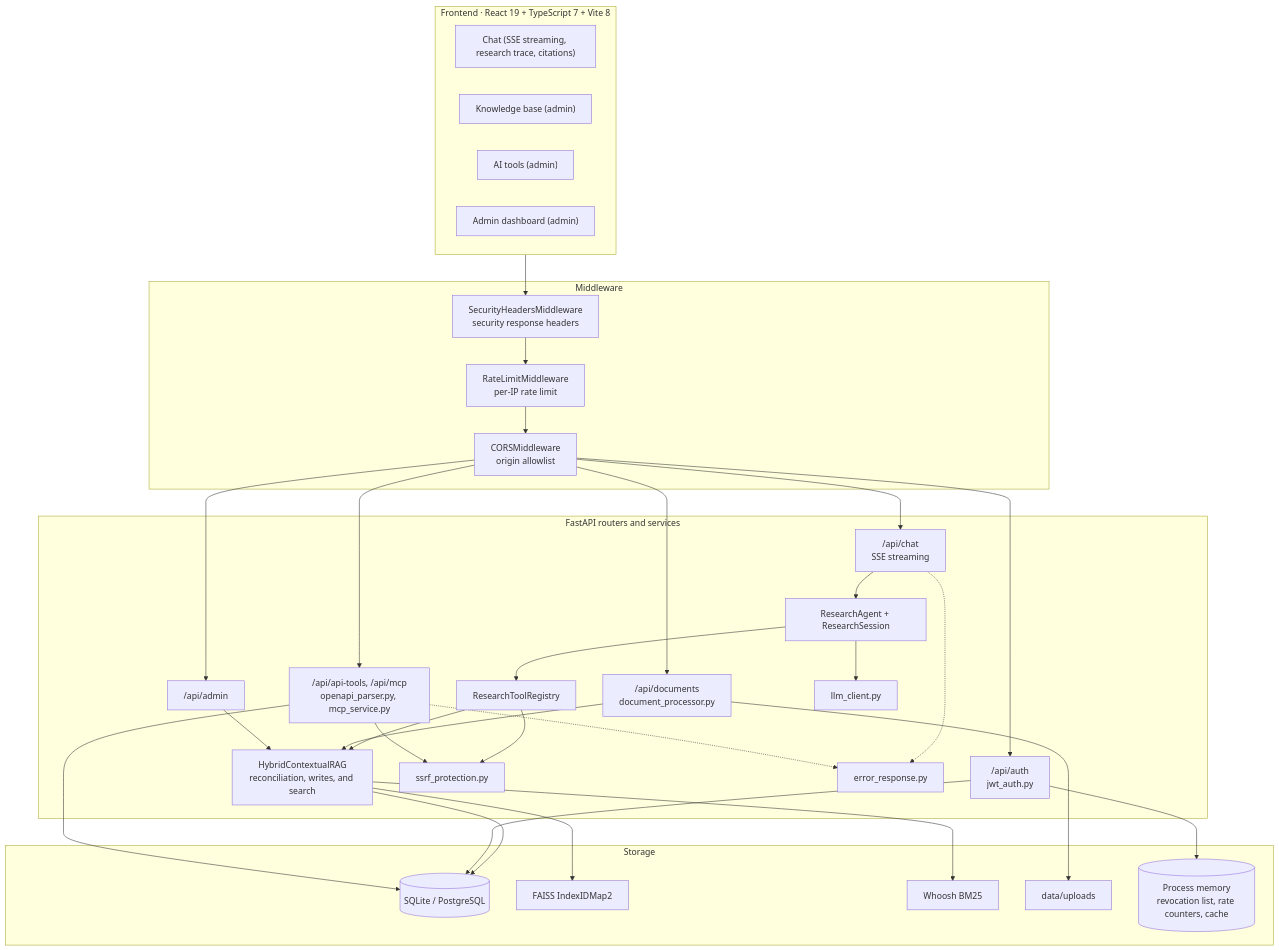
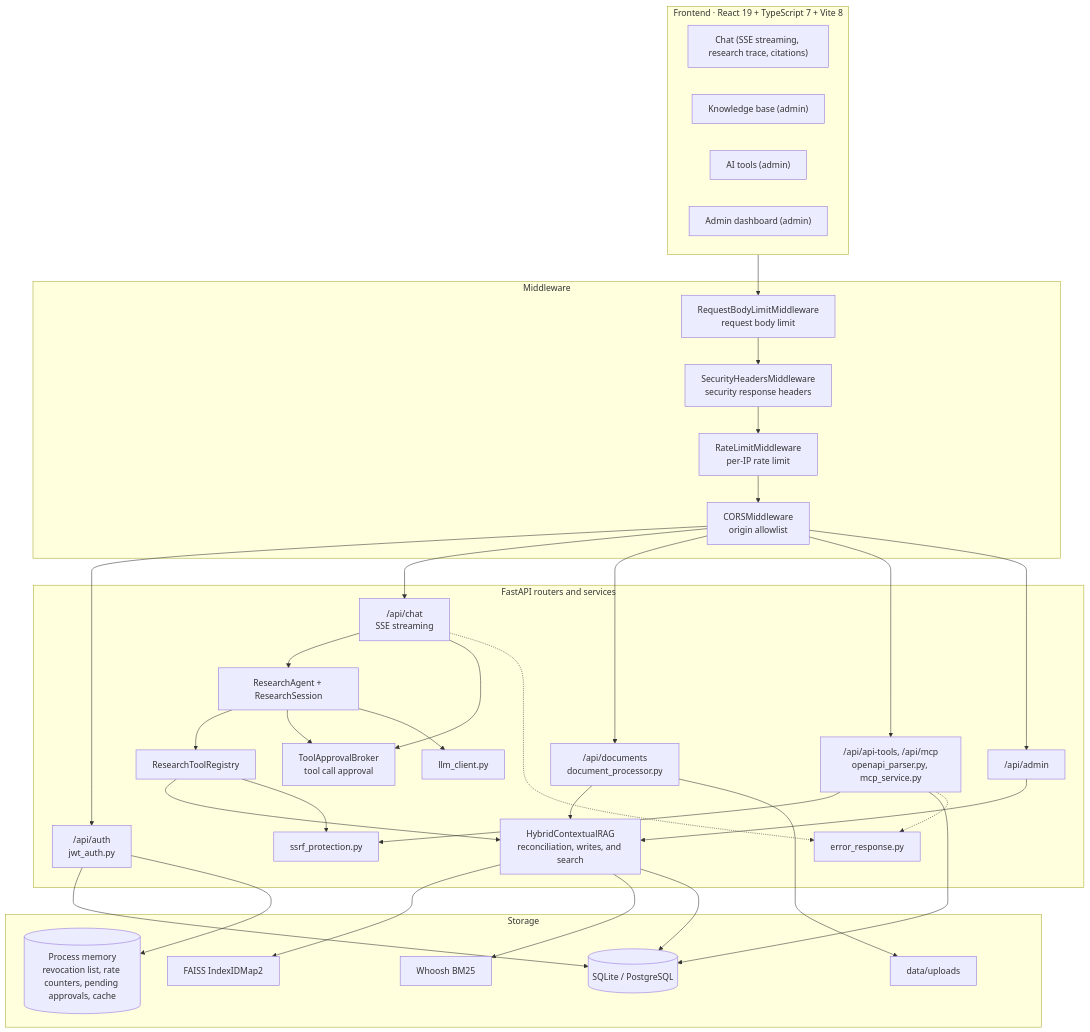
Before and after one commit to Scorpio-meow/AskMiao: the first of 9 diagrams in docs/architecture_en.md, drawn with Mermaid. The commit also changed other lines of this file and 84 other files, not shown here.

````diff
--- a/docs/architecture_en.md
+++ b/docs/architecture_en.md
@@ -30,55 +30,59 @@
 ```mermaid
 flowchart TB
     subgraph Client ["Frontend · React 19 + TypeScript 7 + Vite 8"]
         ChatUI["Chat (SSE streaming, research trace, citations)"]
         DocsUI["Knowledge base (admin)"]
         ToolsUI["AI tools (admin)"]
         AdminUI["Admin dashboard (admin)"]
     end
 
     subgraph Gateway ["Middleware"]
+        BodyLimit["RequestBodyLimitMiddleware<br/>request body limit"]
         SecHeaders["SecurityHeadersMiddleware<br/>security response headers"]
         RateLimit["RateLimitMiddleware<br/>per-IP rate limit"]
         CORS["CORSMiddleware<br/>origin allowlist"]
     end
 
     subgraph Backend ["FastAPI routers and services"]
         AuthAPI["/api/auth<br/>jwt_auth.py"]
         ChatAPI["/api/chat<br/>SSE streaming"]
         DocAPI["/api/documents<br/>document_processor.py"]
         ToolAPI["/api/api-tools, /api/mcp<br/>openapi_parser.py, mcp_service.py"]
         AdminAPI["/api/admin"]
         RAG["HybridContextualRAG<br/>reconciliation, writes, and search"]
         Agent["ResearchAgent + ResearchSession"]
+        Approval["ToolApprovalBroker<br/>tool call approval"]
         Registry["ResearchToolRegistry"]
         LLM["llm_client.py"]
         SSRF["ssrf_protection.py"]
         Err["error_response.py"]
     end
 
     subgraph Storage ["Storage"]
         DB[("SQLite / PostgreSQL")]
         FAISS["FAISS IndexIDMap2"]
         BM25["Whoosh BM25"]
         Files["data/uploads"]
-        Mem[("Process memory<br/>revocation list, rate counters, cache")]
+        Mem[("Process memory<br/>revocation list, rate counters, pending approvals, cache")]
     end
 
-    Client --> SecHeaders --> RateLimit --> CORS
+    Client --> BodyLimit --> SecHeaders --> RateLimit --> CORS
     CORS --> AuthAPI & ChatAPI & DocAPI & ToolAPI & AdminAPI
     ChatAPI --> Agent --> Registry
+    Agent --> Approval
+    ChatAPI --> Approval
     Agent --> LLM
     Registry --> RAG
     Registry --> SSRF
     ToolAPI --> SSRF
     DocAPI --> RAG
     AdminAPI --> RAG
     RAG --> FAISS & BM25
     RAG --> DB
     DocAPI --> Files
     AuthAPI --> DB
     AuthAPI --> Mem
     ToolAPI --> DB
     ChatAPI -.-> Err
     ToolAPI -.-> Err
 ```
````
